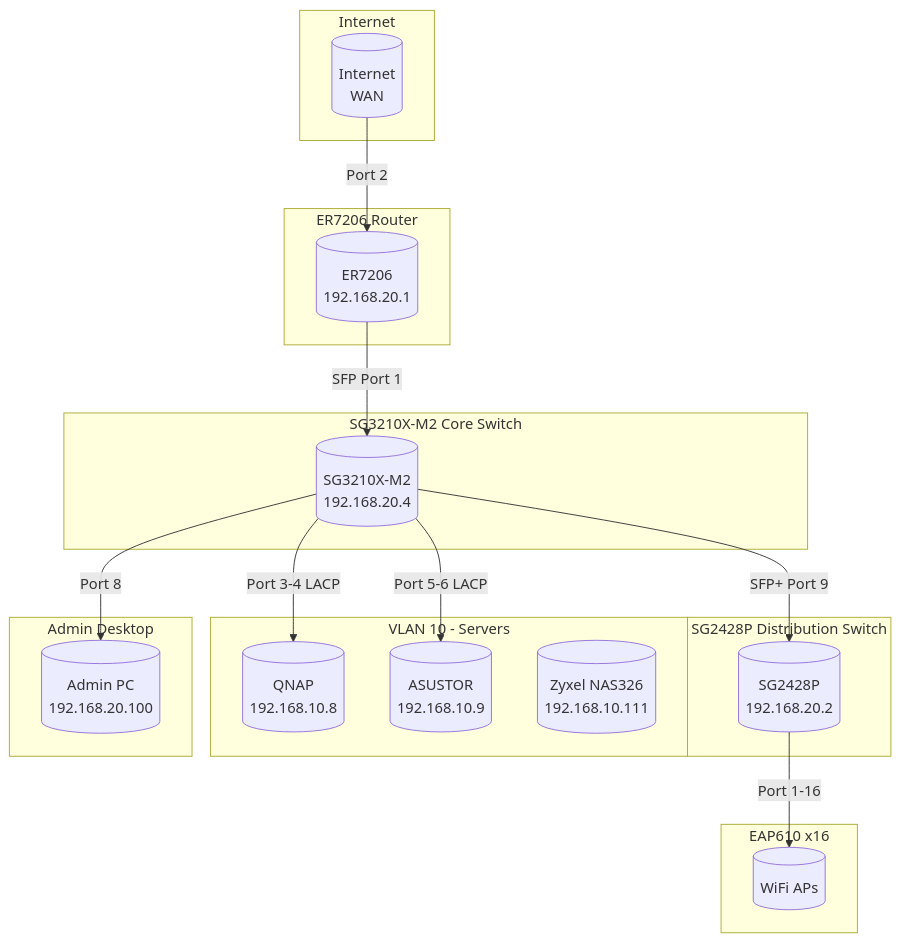
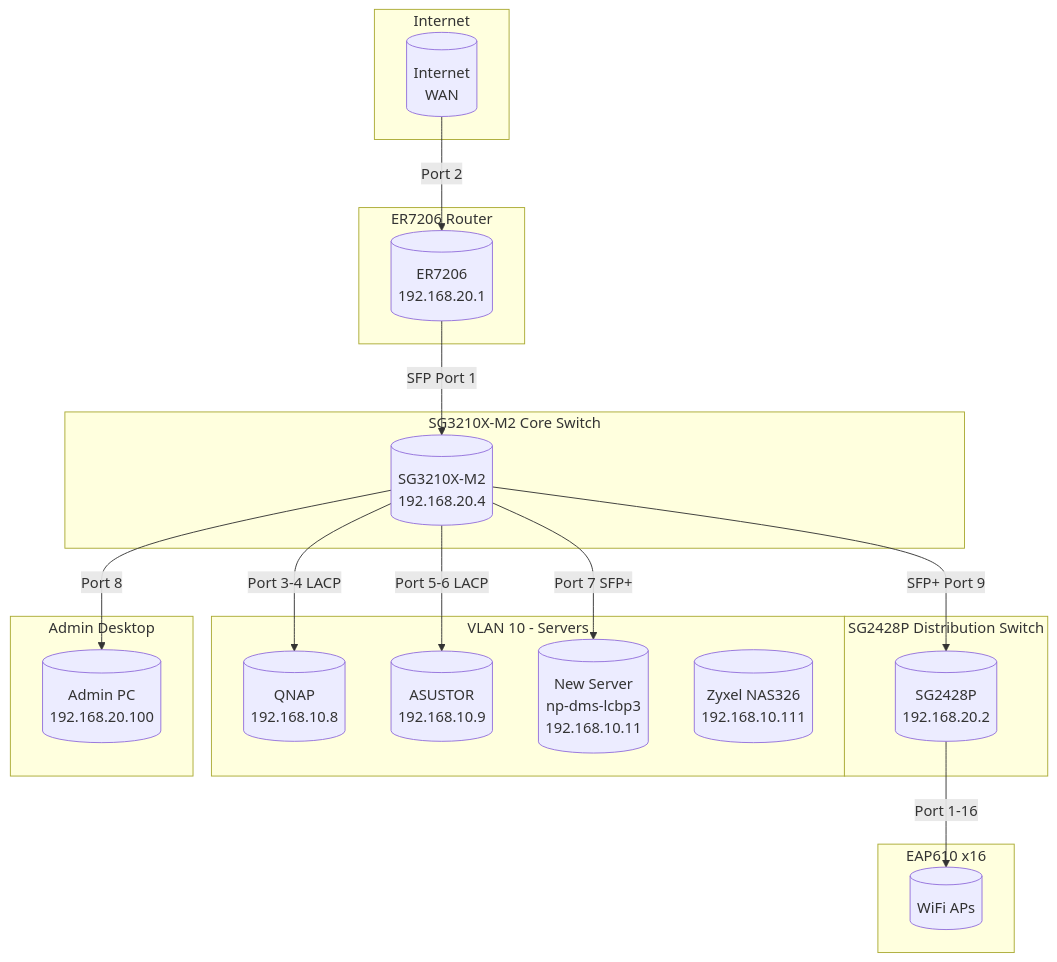
The second of 2 diagrams in specs/02-architecture/02-03-network-design.md (peancharoen/lcbp3), drawn with Mermaid before and after one commit. The commit also changed other lines of this file and 147 other files, not shown here.

````diff
--- a/specs/02-architecture/02-03-network-design.md
+++ b/specs/02-architecture/02-03-network-design.md
@@ -81,40 +93,42 @@
 ```mermaid
 graph TB
     subgraph Internet
         WAN[("Internet<br/>WAN")]
     end
 
     subgraph Router["ER7206 Router"]
         R[("ER7206<br/>192.168.20.1")]
     end
 
     subgraph CoreSwitch["SG3210X-M2 Core Switch"]
         CS[("SG3210X-M2<br/>192.168.20.4")]
     end
 
     subgraph DistSwitch["SG2428P Distribution Switch"]
         DS[("SG2428P<br/>192.168.20.2")]
     end
 
     subgraph Servers["VLAN 10 - Servers"]
         QNAP[(" QNAP<br/>192.168.10.8")]
         ASUSTOR[(" ASUSTOR<br/>192.168.10.9")]
+        NewServer[(" New Server<br/>np-dms-lcbp3<br/>192.168.10.11")]
         Zyxel[(" Zyxel NAS326<br/>192.168.10.111")]
     end
 
     subgraph AccessPoints["EAP610 x16"]
         AP[(" WiFi APs")]
     end
 
     subgraph AdminPC["Admin Desktop"]
         PC[(" Admin PC<br/>192.168.20.100")]
     end
 
     WAN -->|Port 2| R
     R -->|SFP Port 1| CS
     CS -->|SFP+ Port 9| DS
     CS -->|Port 3-4 LACP| QNAP
     CS -->|Port 5-6 LACP| ASUSTOR
+    CS -->|Port 7 SFP+| NewServer
     CS -->|Port 8| PC
     DS -->|Port 1-16| AP
 ```
````
